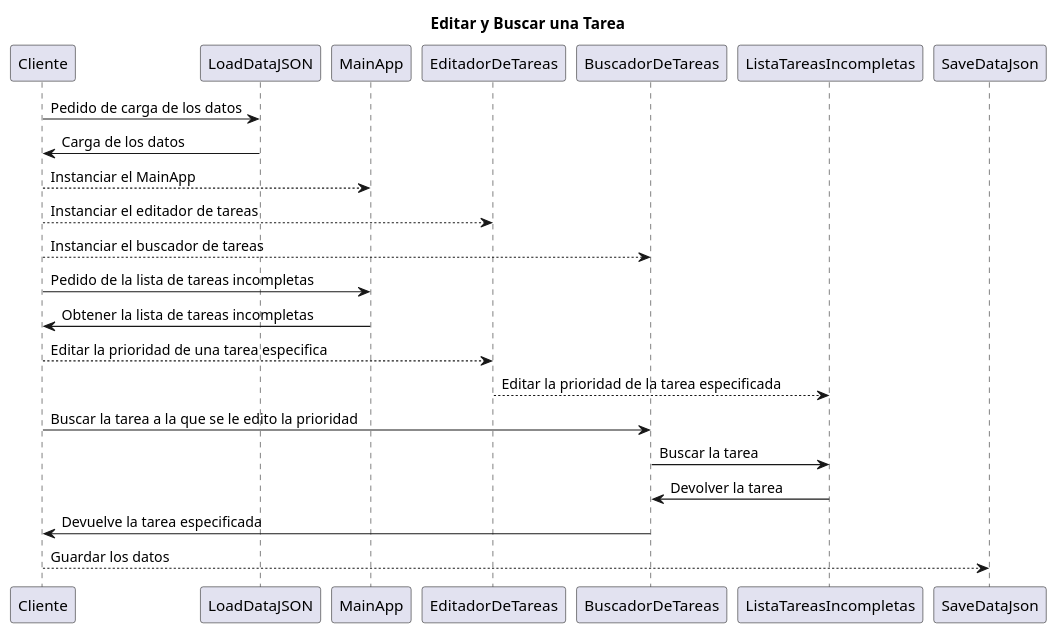
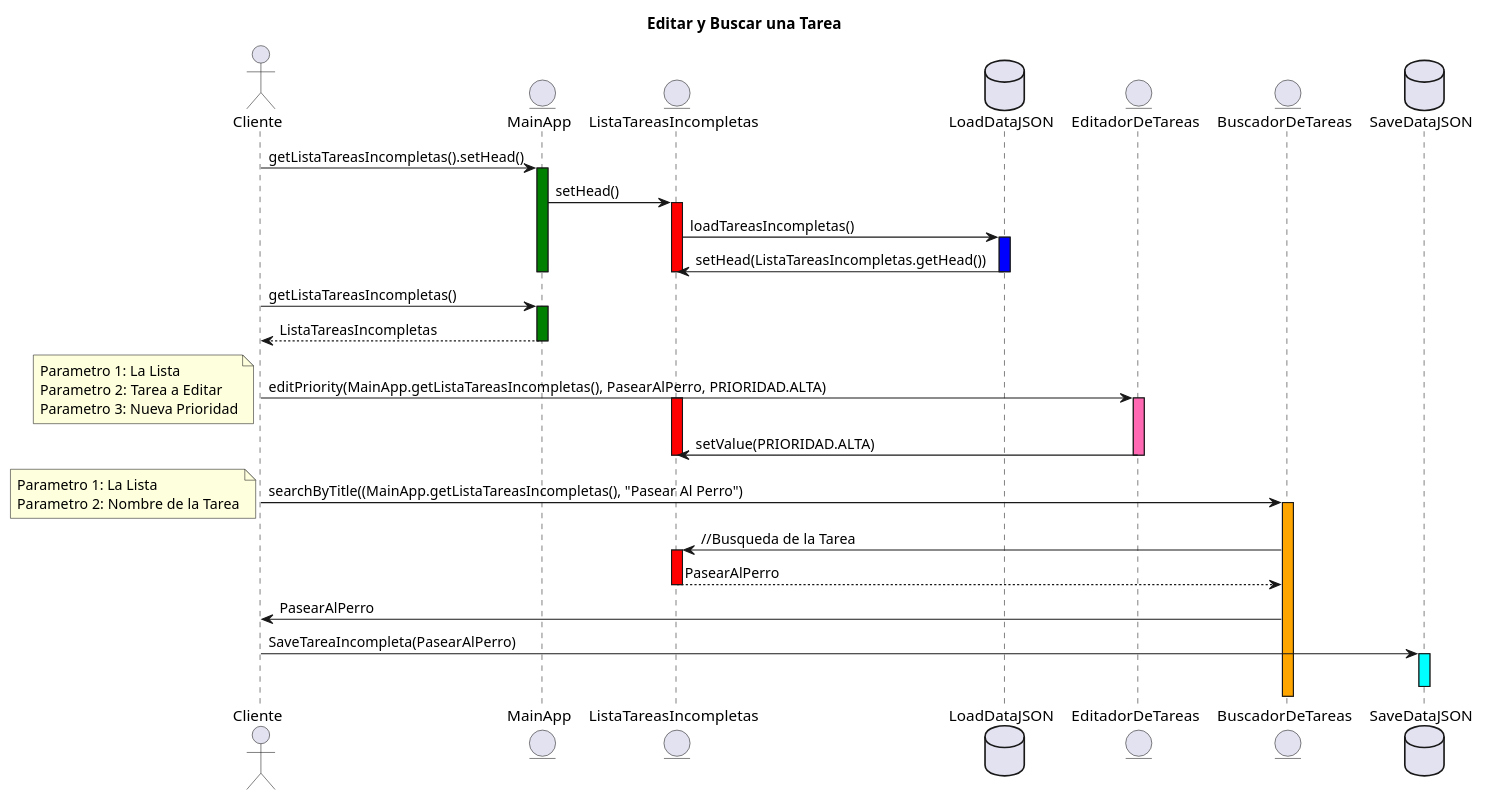
Before and after one commit to marketitos/TP-Task_Grupo7: the diagram in docs/diagramas/diagramas de sequencia/editarYbuscarTarea.puml, drawn with PlantUML. The commit also changed 3 other files, not shown here.

First line of the commit message:
Diagramas de Sequencia V2

```diff
--- a/docs/diagramas/diagramas de sequencia/editarYbuscarTarea.puml
+++ b/docs/diagramas/diagramas de sequencia/editarYbuscarTarea.puml
@@ -1,17 +1,50 @@
 @startuml Editar y Buscar una Tarea
 title Editar y Buscar una Tarea
-Cliente -> LoadDataJSON: Pedido de carga de los datos
-LoadDataJSON -> Cliente: Carga de los datos
-Cliente --> MainApp: Instanciar el MainApp
-Cliente --> EditadorDeTareas: Instanciar el editador de tareas
-Cliente --> BuscadorDeTareas: Instanciar el buscador de tareas
-Cliente -> MainApp: Pedido de la lista de tareas incompletas
-MainApp -> Cliente: Obtener la lista de tareas incompletas
-Cliente --> EditadorDeTareas: Editar la prioridad de una tarea especifica
-EditadorDeTareas --> ListaTareasIncompletas: Editar la prioridad de la tarea especificada
-Cliente -> BuscadorDeTareas: Buscar la tarea a la que se le edito la prioridad
-BuscadorDeTareas -> ListaTareasIncompletas: Buscar la tarea
-ListaTareasIncompletas -> BuscadorDeTareas: Devolver la tarea
-BuscadorDeTareas -> Cliente: Devuelve la tarea especificada
-Cliente --> SaveDataJson: Guardar los datos
+actor Cliente
+entity MainApp
+entity ListaTareasIncompletas
+database LoadDataJSON
+entity EditadorDeTareas
+entity BuscadorDeTareas
+database SaveDataJSON
+Cliente -> MainApp: getListaTareasIncompletas().setHead()
+activate MainApp #Green
+MainApp -> ListaTareasIncompletas: setHead()
+activate ListaTareasIncompletas #Red
+ListaTareasIncompletas -> LoadDataJSON: loadTareasIncompletas()
+activate LoadDataJSON #blue
+LoadDataJSON -> ListaTareasIncompletas: setHead(ListaTareasIncompletas.getHead())
+deactivate LoadDataJSON
+deactivate ListaTareasIncompletas
+deactivate MainApp
+Cliente -> MainApp: getListaTareasIncompletas()
+activate MainApp #Green
+return ListaTareasIncompletas
+Cliente -> EditadorDeTareas: editPriority(MainApp.getListaTareasIncompletas(), PasearAlPerro, PRIORIDAD.ALTA)
+note left
+Parametro 1: La Lista
+Parametro 2: Tarea a Editar
+Parametro 3: Nueva Prioridad
+end note
+activate EditadorDeTareas #HotPink
+activate ListaTareasIncompletas #Red
+EditadorDeTareas -> ListaTareasIncompletas: setValue(PRIORIDAD.ALTA)
+deactivate EditadorDeTareas
+deactivate ListaTareasIncompletas
+Cliente -> BuscadorDeTareas: searchByTitle((MainApp.getListaTareasIncompletas(), "Pasear Al Perro")
+note left
+Parametro 1: La Lista
+Parametro 2: Nombre de la Tarea
+end note
+activate BuscadorDeTareas #Orange
+BuscadorDeTareas -> ListaTareasIncompletas: //Busqueda de la Tarea
+activate ListaTareasIncompletas #Red
+return PasearAlPerro
+deactivate ListaTareasIncompletas
+BuscadorDeTareas -> Cliente: PasearAlPerro
+Cliente -> SaveDataJSON: SaveTareaIncompleta(PasearAlPerro)
+activate SaveDataJSON #Cyan
+deactivate SaveDataJSON
+
+'Cliente --> SaveDataJson: Guardar los datos
 @enduml
```
